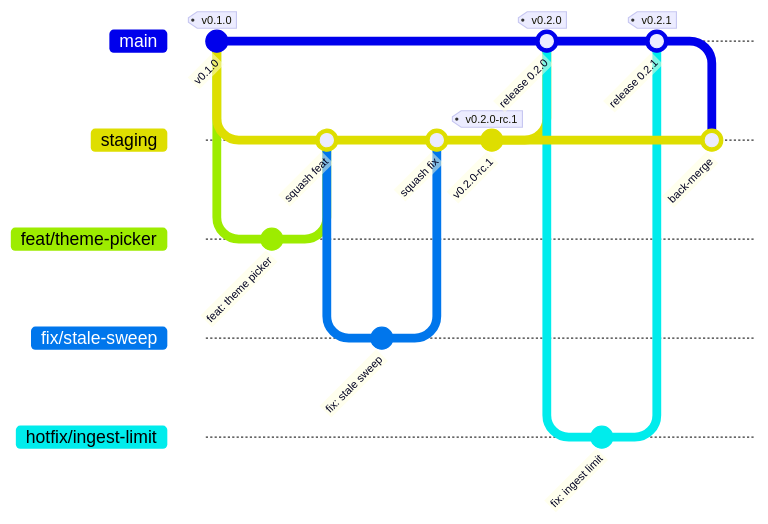
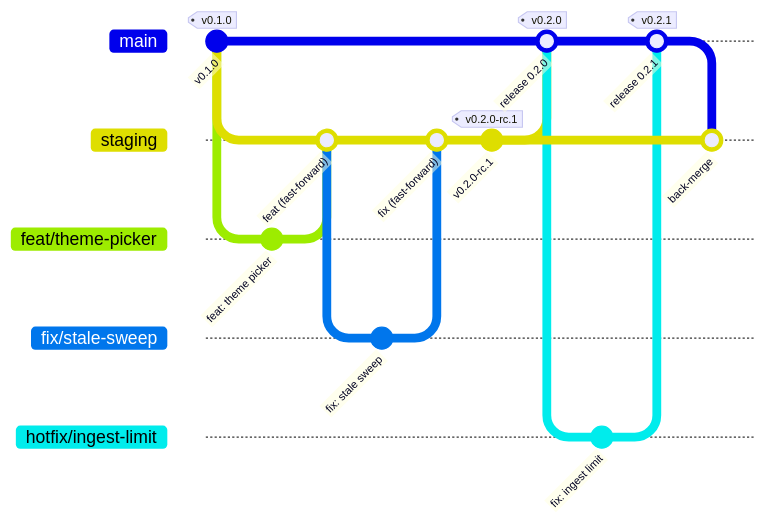
One commit to bts-io/uptellis changed the diagram in CONTRIBUTING.md. Above: the diagram before and after it, drawn with Mermaid. The commit also changed other lines of this file and 9 other files, not shown here.

````diff
--- a/CONTRIBUTING.md
+++ b/CONTRIBUTING.md
@@ -30,26 +30,26 @@
 ```mermaid
 gitGraph
   commit id: "v0.1.0" tag: "v0.1.0"
   branch staging
   checkout staging
   branch feat/theme-picker
   checkout feat/theme-picker
   commit id: "feat: theme picker"
   checkout staging
-  merge feat/theme-picker id: "squash feat"
+  merge feat/theme-picker id: "feat (fast-forward)"
   branch fix/stale-sweep
   checkout fix/stale-sweep
   commit id: "fix: stale sweep"
   checkout staging
-  merge fix/stale-sweep id: "squash fix"
+  merge fix/stale-sweep id: "fix (fast-forward)"
   commit id: "v0.2.0-rc.1" tag: "v0.2.0-rc.1"
   checkout main
   merge staging id: "release 0.2.0" tag: "v0.2.0"
   branch hotfix/ingest-limit
   checkout hotfix/ingest-limit
   commit id: "fix: ingest limit"
   checkout main
   merge hotfix/ingest-limit id: "release 0.2.1" tag: "v0.2.1"
   checkout staging
   merge main id: "back-merge"
 ```
````
